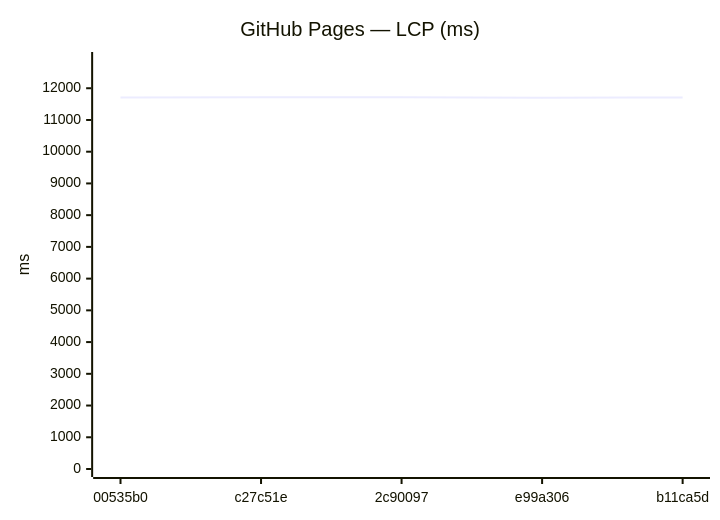
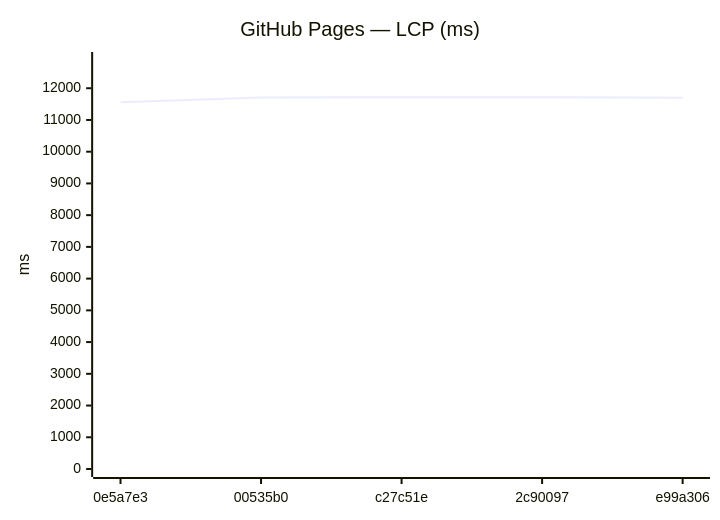
Diagram 11 of 24 in benchmarks/compare.md (Metaheurist/Rianell), drawn with Mermaid before and after one commit. The commit also changed other lines of this file and 12 other files, not shown here.

````diff
--- a/benchmarks/compare.md
+++ b/benchmarks/compare.md
@@ -149,7 +153,7 @@
 ```mermaid
 xychart-beta
     title "GitHub Pages — LCP (ms)"
-    x-axis ["00535b0", "c27c51e", "2c90097", "e99a306", "b11ca5d"]
+    x-axis ["0e5a7e3", "00535b0", "c27c51e", "2c90097", "e99a306"]
     y-axis "ms" 0 --> 12890
-    line [11705, 11718, 11715, 11701, 11707]
+    line [11561, 11705, 11718, 11715, 11701]
 ```
````
